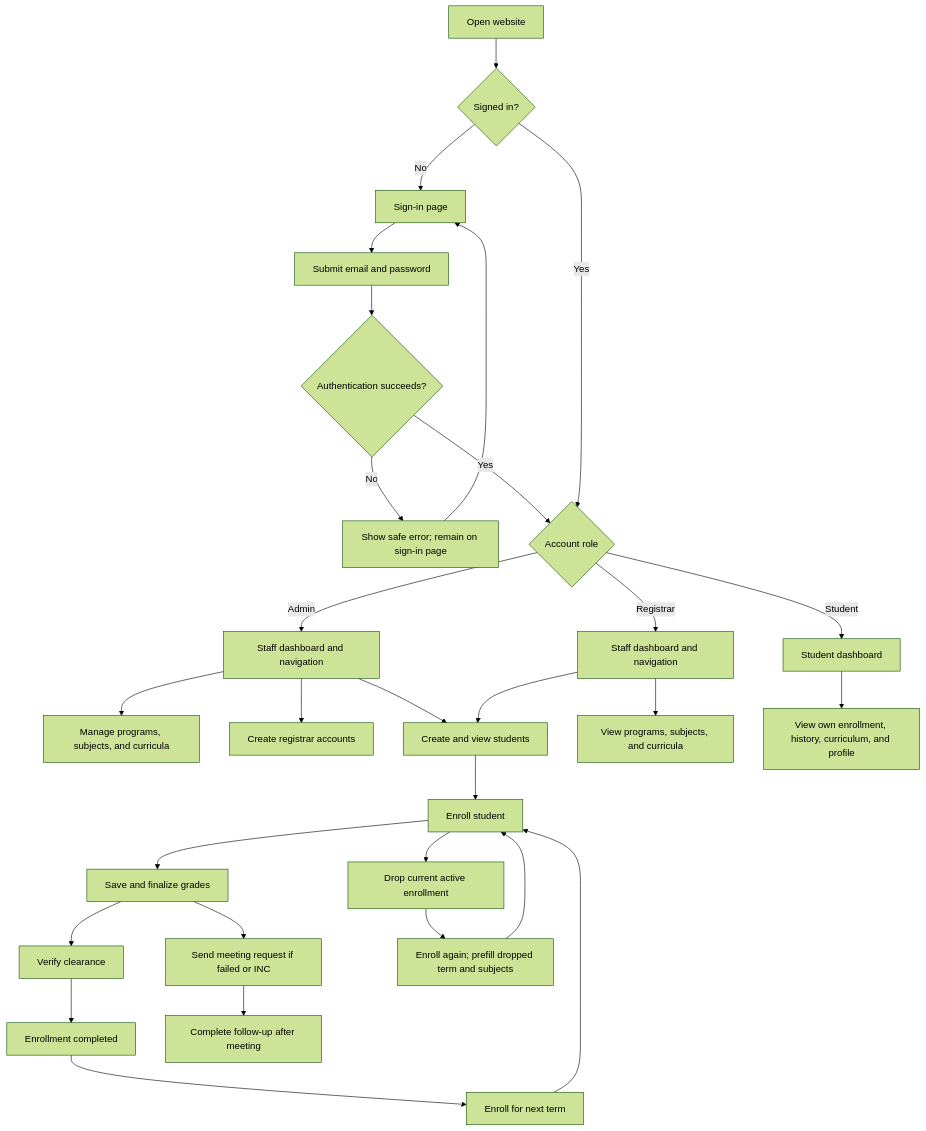
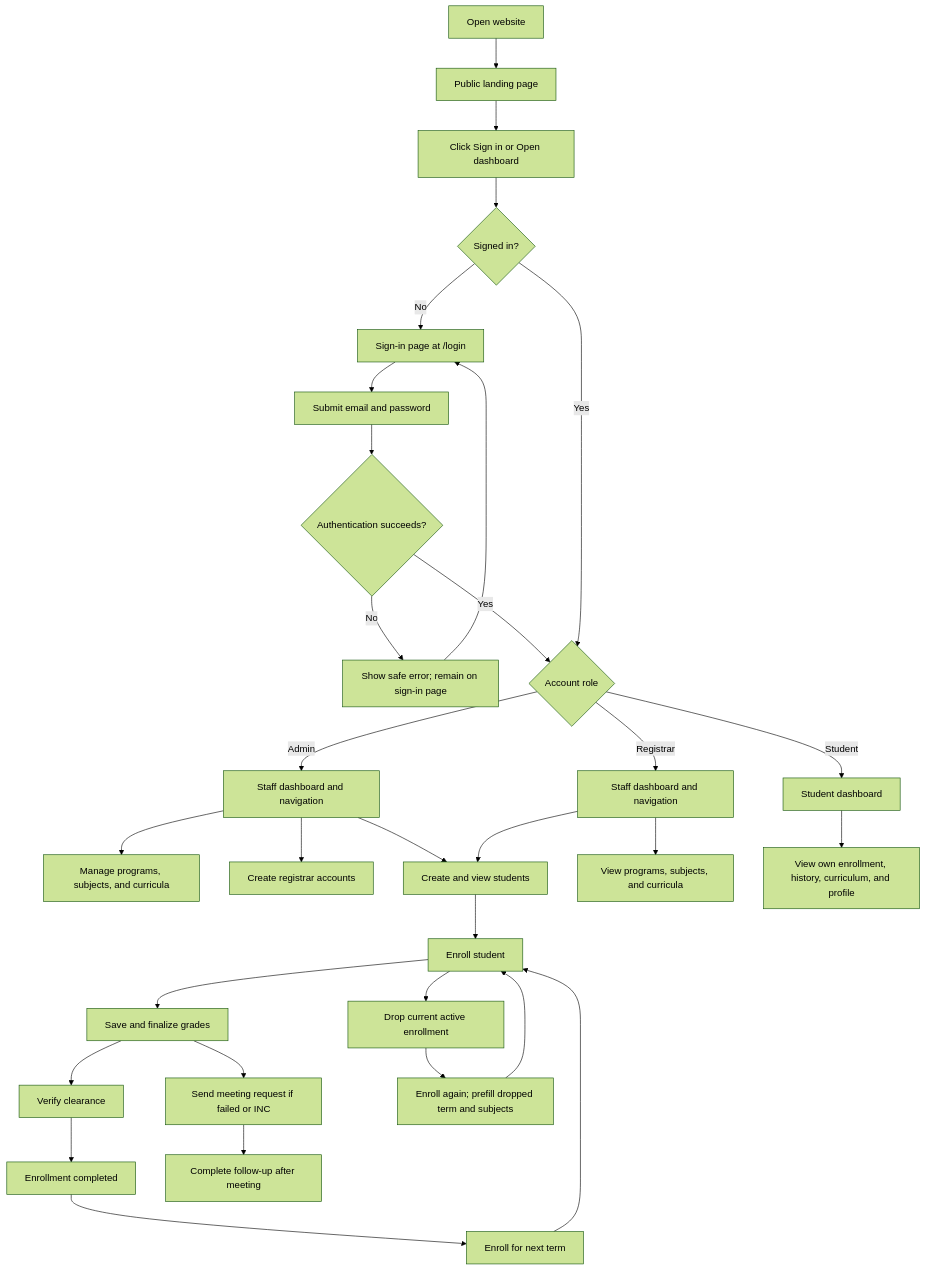
Before and after one commit to AetherKnowledge/enrollment-system: the first of 16 diagrams in docs/system-flows.md, drawn with Mermaid (forest theme). The commit also changed other lines of this file and 14 other files, not shown here.

Commit message:
feat: add landing page and move login to /login

````diff
--- a/docs/system-flows.md
+++ b/docs/system-flows.md
@@ -30,31 +30,33 @@
 ```mermaid
 flowchart TD
-    Open[Open website] --> Session{Signed in?}
-    Session -->|No| Login[Sign-in page]
+    Open[Open website] --> Landing[Public landing page]
+    Landing --> Portal[Click Sign in or Open dashboard]
+    Portal --> Session{Signed in?}
+    Session -->|No| Login[Sign-in page at /login]
     Login --> Credentials[Submit email and password]
     Credentials --> Valid{Authentication succeeds?}
     Valid -->|No| LoginError[Show safe error; remain on sign-in page]
     LoginError --> Login
     Valid -->|Yes| Role{Account role}
     Session -->|Yes| Role
     Role -->|Admin| Admin[Staff dashboard and navigation]
     Role -->|Registrar| Registrar[Staff dashboard and navigation]
     Role -->|Student| Student[Student dashboard]
     Admin --> Catalog[Manage programs, subjects, and curricula]
     Admin --> Registrars[Create registrar accounts]
     Admin --> Students[Create and view students]
     Registrar --> Students
     Registrar --> ReadCatalog[View programs, subjects, and curricula]
     Students --> Enroll[Enroll student]
     Enroll --> Grades[Save and finalize grades]
     Grades --> Clearance[Verify clearance]
     Clearance --> Complete[Enrollment completed]
     Complete --> Next[Enroll for next term]
     Next --> Enroll
     Grades --> FollowUp[Send meeting request if failed or INC]
     FollowUp --> Close[Complete follow-up after meeting]
     Enroll --> Drop[Drop current active enrollment]
     Drop --> Again[Enroll again; prefill dropped term and subjects]
     Again --> Enroll
     Student --> Own[View own enrollment, history, curriculum, and profile]
 ```
````
